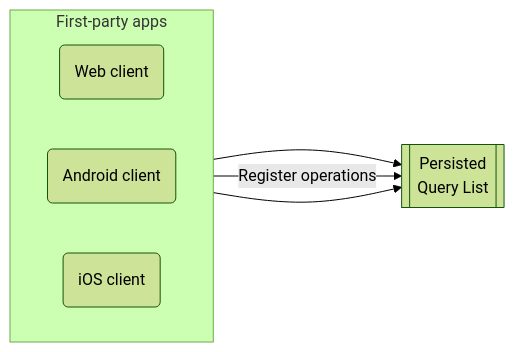
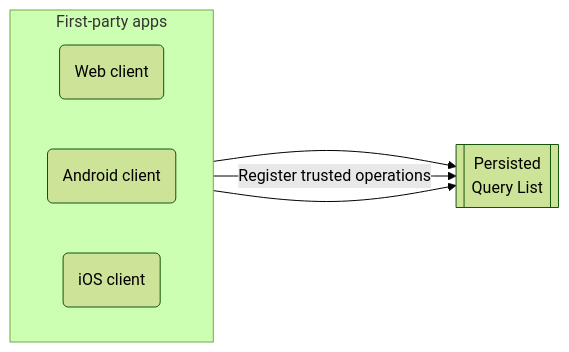
One commit to apollographql/docs changed the first of 2 diagrams in src/content/shared/pq-intro.mdx. Above: the diagram before and after it, drawn with Mermaid (forest theme). The commit also changed other lines of this file, not shown here.

````diff
--- a/src/content/shared/pq-intro.mdx
+++ b/src/content/shared/pq-intro.mdx
@@ -3,13 +3,13 @@
 ```mermaid
 flowchart LR
   subgraph Apps["First-party apps"]
   direction LR
   webClient("Web client");
   androidClient("Android client");
   iosClient("iOS client");
   end
   pql[[Persisted<br/>Query List]];
   webClient --> pql
-  androidClient -->|Register operations| pql
+  androidClient -->|Register trusted operations| pql
   iosClient --> pql
 ```
````
